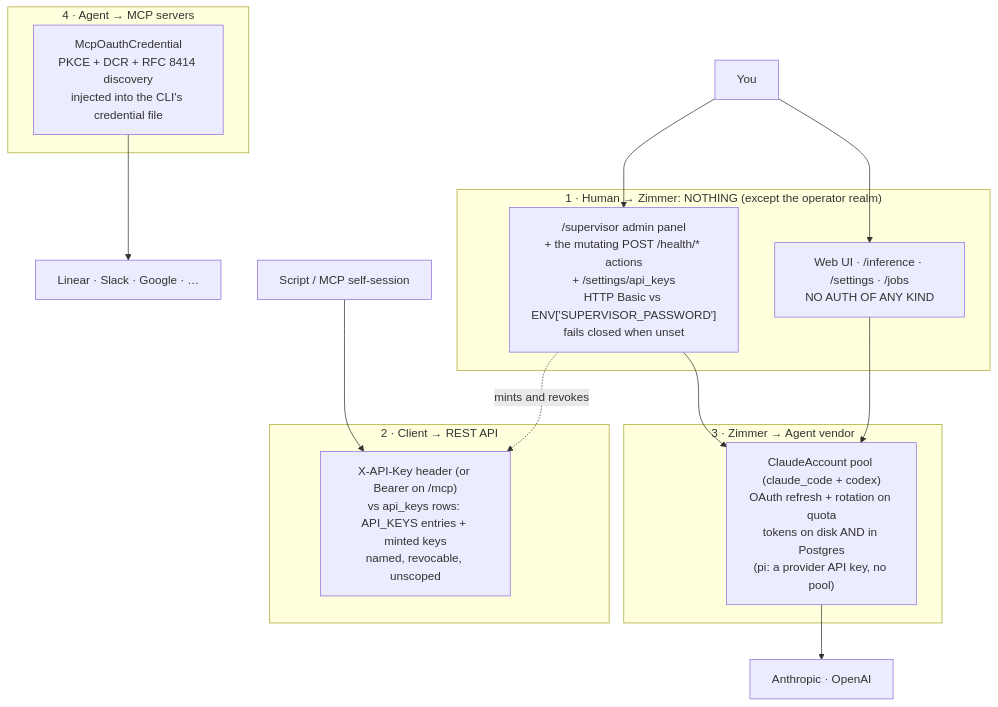
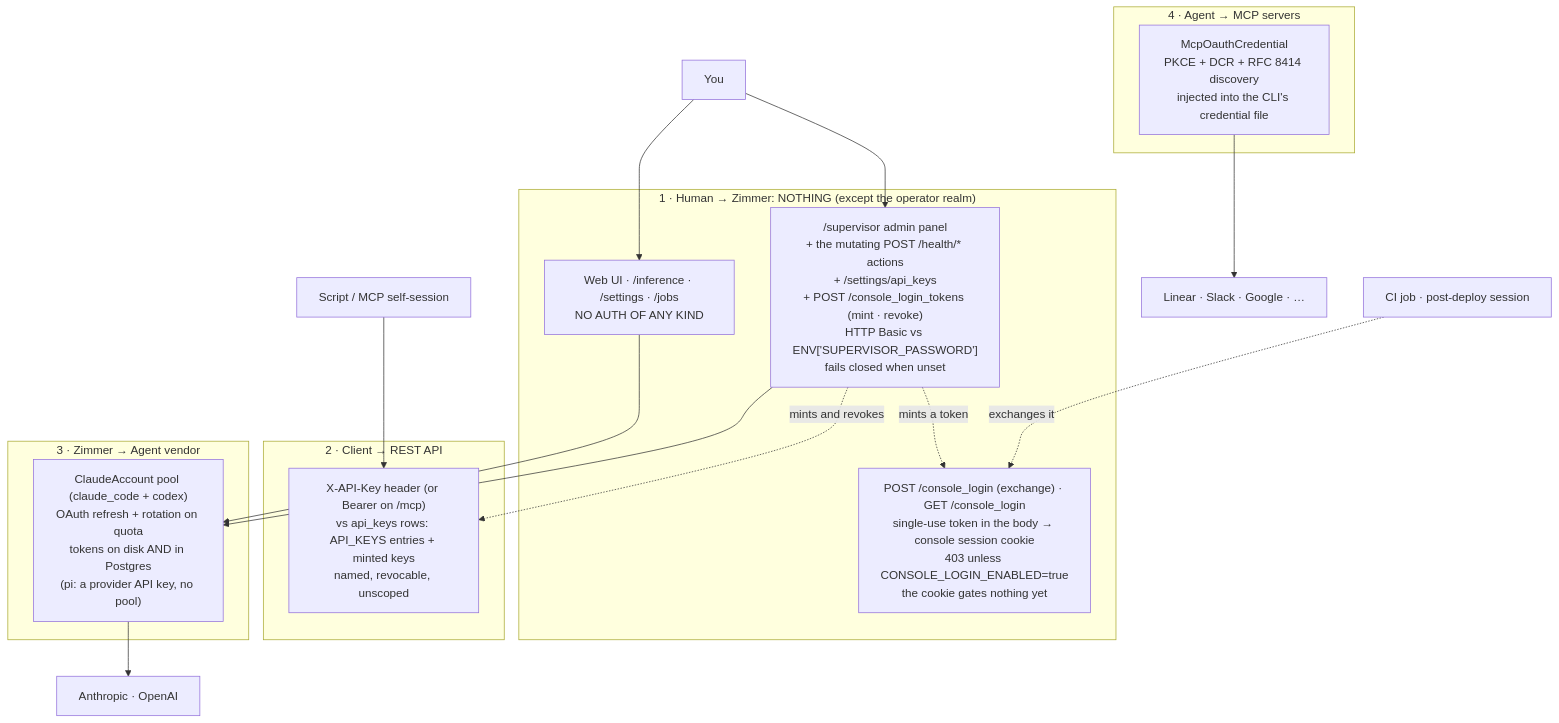
The first of 2 diagrams in docs/src/content/docs/auth/overview.md (tadasant/zimmer), drawn with Mermaid before and after one commit. The commit also changed other lines of this file and 22 other files, not shown here.

First line of the commit message:
feat(auth): agent-login primitive — single-use, revocable console login tokens (#220)

````diff
--- a/docs/src/content/docs/auth/overview.md
+++ b/docs/src/content/docs/auth/overview.md
@@ -11,25 +11,28 @@
 ```mermaid
 flowchart TB
     subgraph none["1 · Human → Zimmer: NOTHING (except the operator realm)"]
         W["Web UI · /inference · /settings · /jobs<br/>NO AUTH OF ANY KIND"]
-        SUP["/supervisor admin panel<br/>+ the mutating POST /health/* actions<br/>+ /settings/api_keys<br/>HTTP Basic vs ENV['SUPERVISOR_PASSWORD']<br/>fails closed when unset"]
+        SUP["/supervisor admin panel<br/>+ the mutating POST /health/* actions<br/>+ /settings/api_keys<br/>+ POST /console_login_tokens (mint · revoke)<br/>HTTP Basic vs ENV['SUPERVISOR_PASSWORD']<br/>fails closed when unset"]
+        CL["POST /console_login (exchange) · GET /console_login<br/>single-use token in the body → console session cookie<br/>403 unless CONSOLE_LOGIN_ENABLED=true<br/>the cookie gates nothing yet"]
     end
     subgraph api["2 · Client → REST API"]
         A["X-API-Key header (or Bearer on /mcp)<br/>vs api_keys rows: API_KEYS entries + minted keys<br/>named, revocable, unscoped"]
     end
     subgraph harness["3 · Zimmer → Agent vendor"]
         H["ClaudeAccount pool (claude_code + codex)<br/>OAuth refresh + rotation on quota<br/>tokens on disk AND in Postgres<br/>(pi: a provider API key, no pool)"]
     end
     subgraph mcp["4 · Agent → MCP servers"]
         M["McpOauthCredential<br/>PKCE + DCR + RFC 8414 discovery<br/>injected into the CLI's credential file"]
     end
 
     U["You"] --> W
     U --> SUP
+    SUP -. mints a token .-> CL
+    CI["CI job · post-deploy session"] -. exchanges it .-> CL
     C["Script / MCP self-session"] --> A
     W --> H
     SUP --> H
     SUP -. mints and revokes .-> A
     H --> V["Anthropic · OpenAI"]
     M --> S["Linear · Slack · Google · …"]
 ```
````
